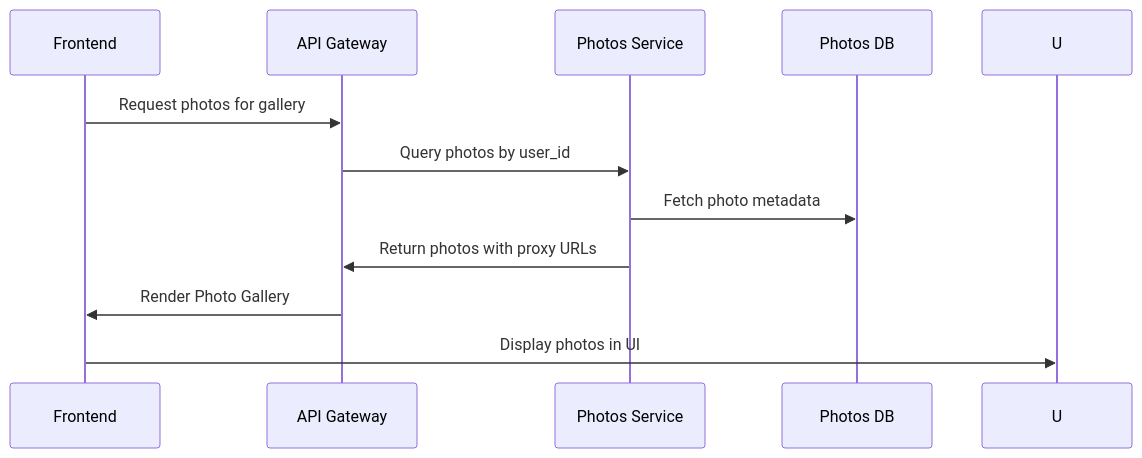
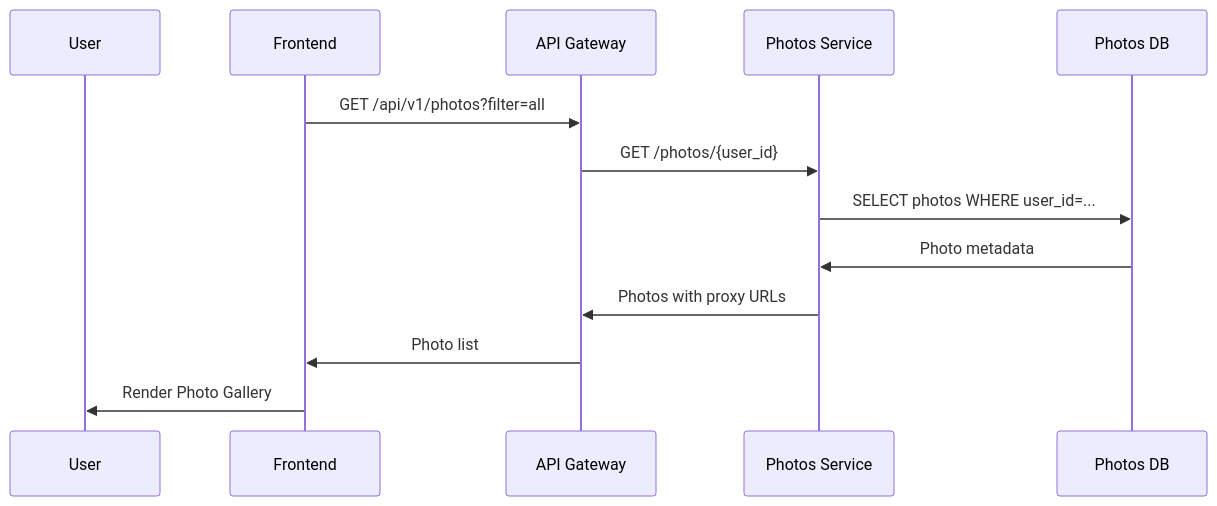
Before and after one commit to edu-ai/classify: the fourth of 6 diagrams in README.md, drawn with Mermaid. The commit also changed other lines of this file and 8 other files, not shown here.

````diff
--- a/README.md
+++ b/README.md
@@ -220,14 +337,16 @@
 ```mermaid
 sequenceDiagram
+    participant U as User
     participant F as Frontend
-    participant API as API Gateway
+    participant AG as API Gateway
     participant P as Photos Service
     participant DB as Photos DB
 
-    F->>API: Request photos for gallery
-    API->>P: Query photos by user_id
-    P->>DB: Fetch photo metadata
-    P->>API: Return photos with proxy URLs
-    API->>F: Render Photo Gallery
-    F->>U: Display photos in UI
+    F->>AG: GET /api/v1/photos?filter=all
+    AG->>P: GET /photos/{user_id}
+    P->>DB: SELECT photos WHERE user_id=...
+    DB->>P: Photo metadata
+    P->>AG: Photos with proxy URLs
+    AG->>F: Photo list
+    F->>U: Render Photo Gallery
 ```
````
